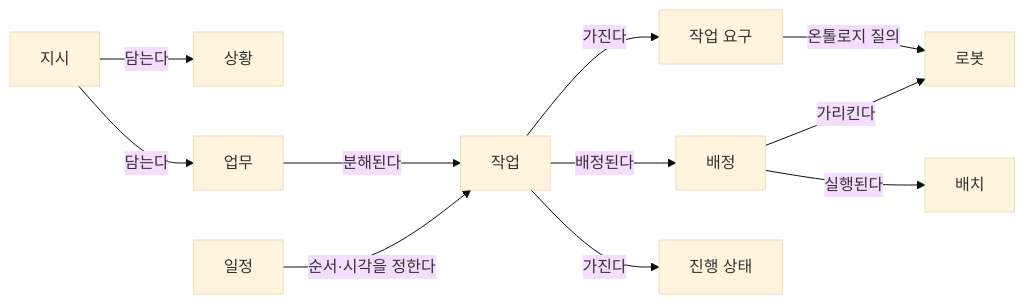
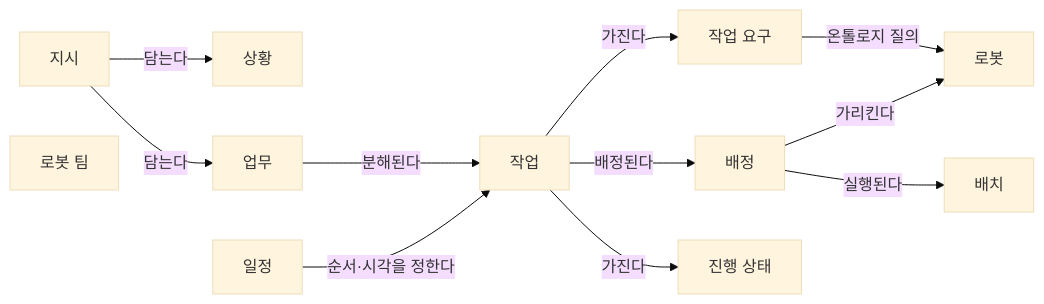
One commit to MJKIM84/ai-hub changed the diagram in rop-wiki/docs/tracks/nl-task-chatbot/task-model-draft.md. Above: the diagram before and after it, drawn with Mermaid (base theme). The commit also changed other lines of this file and 79 other files, not shown here.

````diff
--- a/rop-wiki/docs/tracks/nl-task-chatbot/task-model-draft.md
+++ b/rop-wiki/docs/tracks/nl-task-chatbot/task-model-draft.md
@@ -68,13 +71,14 @@
 ```mermaid
 flowchart LR
   instr["지시"] -->|"담는다"| situ["상황"]
   instr -->|"담는다"| job["업무"]
   job -->|"분해된다"| task["작업"]
   task -->|"가진다"| req["작업 요구"]
   req -->|"온톨로지 질의"| robot["로봇"]
   task -->|"배정된다"| assign["배정"]
   assign -->|"가리킨다"| robot
   assign -->|"실행된다"| dispatch["배치"]
   sched["일정"] -->|"순서·시각을 정한다"| task
   task -->|"가진다"| prog["진행 상태"]
+  team["로봇 팀"]
 ```
````
